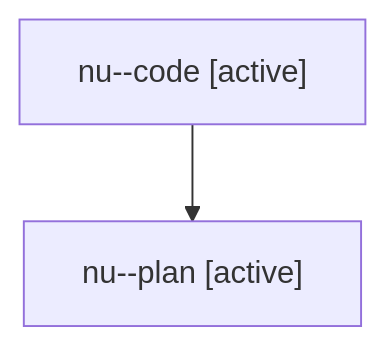
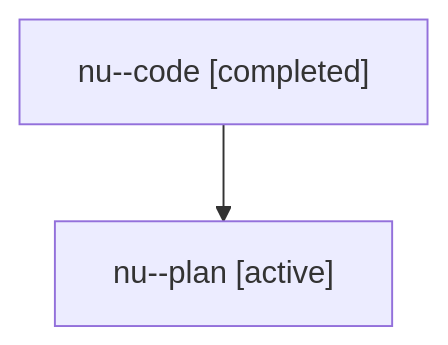
One commit to sase-org/sase--agents changed the diagram in families/bbugyi200.athena.nu.md. Above: the diagram before and after it, drawn with Mermaid. The commit also changed other lines of this file and 5813 other files, not shown here.

````diff
--- a/families/bbugyi200.athena.nu.md
+++ b/families/bbugyi200.athena.nu.md
@@ -9,6 +9,6 @@
 ```mermaid
 flowchart TD
-  n0["nu--code [active]"]
+  n0["nu--code [completed]"]
   n1["nu--plan [active]"]
   n0 --> n1
 ```
````
